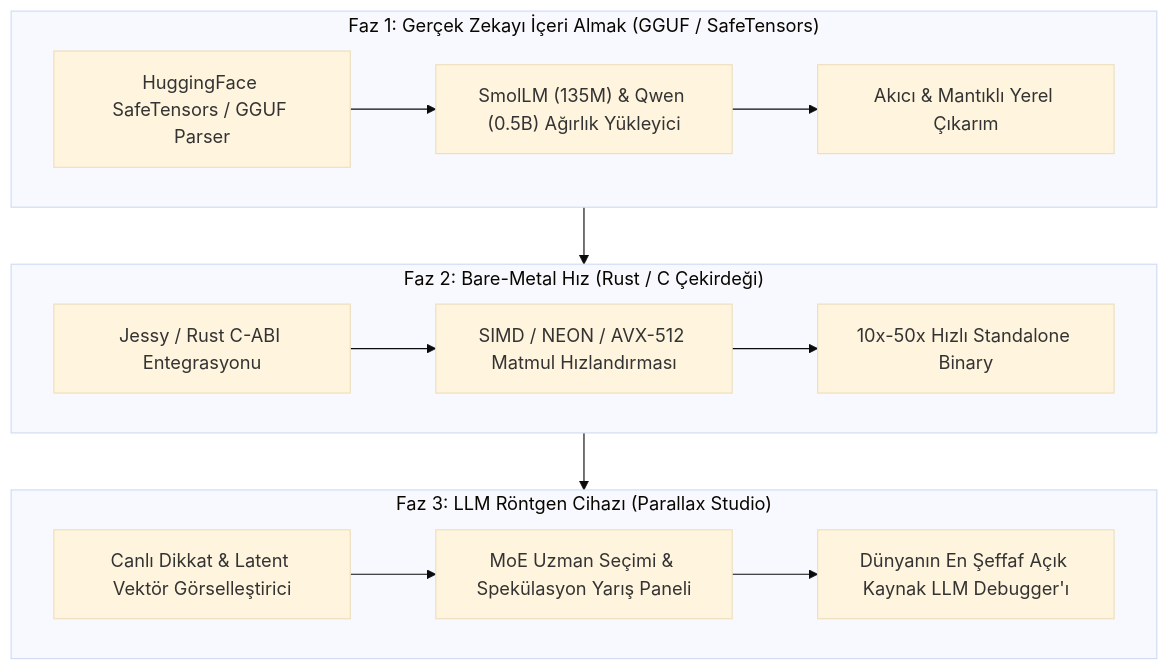
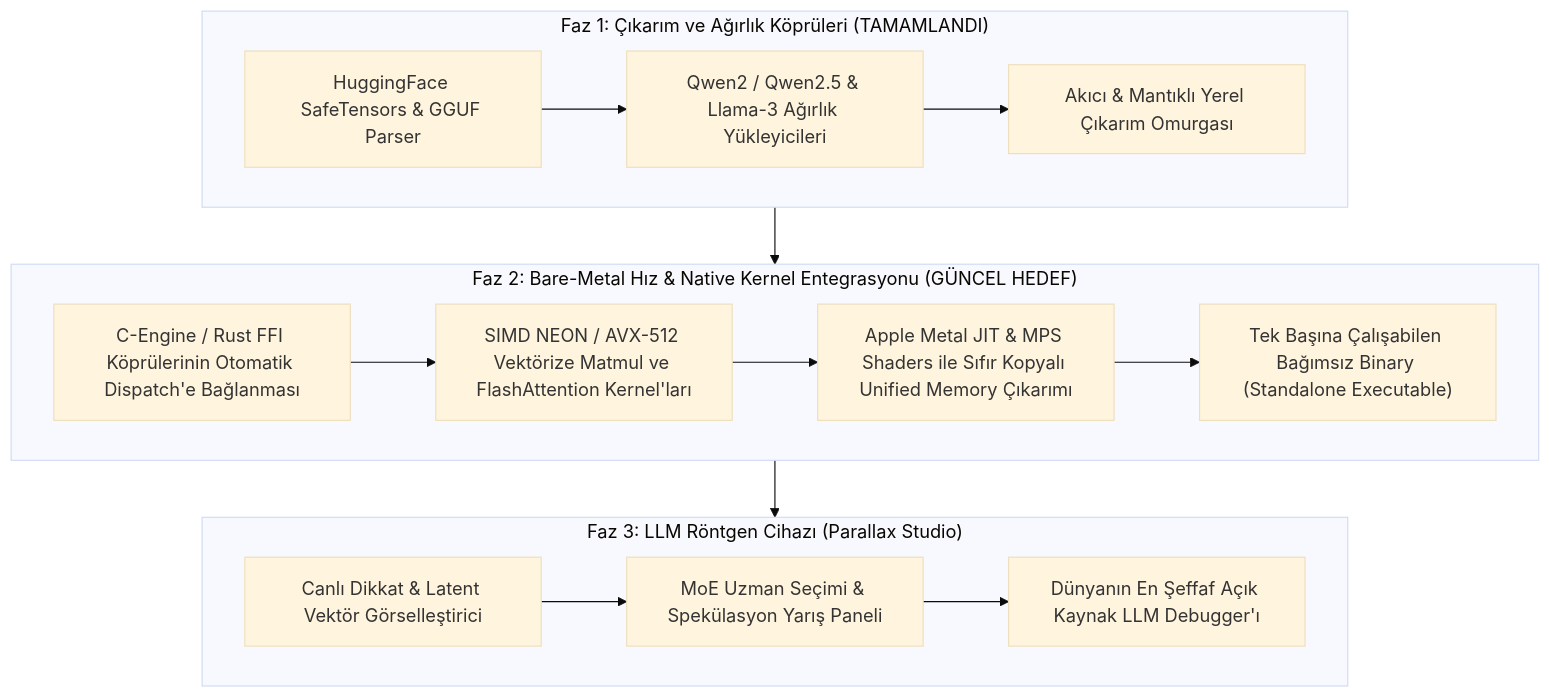
One commit to gokselozgur5/parallax-core changed the second of 2 diagrams in VISION.md. Above: the diagram before and after it, drawn with Mermaid (base theme). The commit also changed other lines of this file and 52 other files, not shown here.

Commit message:
feat(swarm): Phase 2 Bare-Metal Compute, BitMamba, BitTransformer, INT4 and Qwen2.5/Llama3 Loaders

````diff
--- a/VISION.md
+++ b/VISION.md
@@ -60,25 +208,26 @@
 ```mermaid
 flowchart TD
-    subgraph Faz1["Faz 1: Gerçek Zekayı İçeri Almak (GGUF / SafeTensors)"]
-        F1_1["HuggingFace SafeTensors / GGUF Parser"]
-        F1_2["SmolLM (135M) & Qwen (0.5B) Ağırlık Yükleyici"]
-        F1_3["Akıcı & Mantıklı Yerel Çıkarım"]
+    subgraph Faz1["Faz 1: Çıkarım ve Ağırlık Köprüleri (TAMAMLANDI)"]
+        F1_1["HuggingFace SafeTensors & GGUF Parser"]
+        F1_2["Qwen2 / Qwen2.5 & Llama-3 Ağırlık Yükleyicileri"]
+        F1_3["Akıcı & Mantıklı Yerel Çıkarım Omurgası"]
         F1_1 --> F1_2 --> F1_3
     end
 
-    subgraph Faz2["Faz 2: Bare-Metal Hız (Rust / C Çekirdeği)"]
-        F2_1["Jessy / Rust C-ABI Entegrasyonu"]
-        F2_2["SIMD / NEON / AVX-512 Matmul Hızlandırması"]
-        F2_3["10x-50x Hızlı Standalone Binary"]
-        F2_1 --> F2_2 --> F2_3
+    subgraph Faz2["Faz 2: Bare-Metal Hız & Native Kernel Entegrasyonu (GÜNCEL HEDEF)"]
+        F2_1["C-Engine / Rust FFI Köprülerinin Otomatik Dispatch'e Bağlanması"]
+        F2_2["SIMD NEON / AVX-512 Vektörize Matmul ve FlashAttention Kernel'ları"]
+        F2_3["Apple Metal JIT & MPS Shaders ile Sıfır Kopyalı Unified Memory Çıkarımı"]
+        F2_4["Tek Başına Çalışabilen Bağımsız Binary (Standalone Executable)"]
+        F2_1 --> F2_2 --> F2_3 --> F2_4
     end
 
     subgraph Faz3["Faz 3: LLM Röntgen Cihazı (Parallax Studio)"]
         F3_1["Canlı Dikkat & Latent Vektör Görselleştirici"]
         F3_2["MoE Uzman Seçimi & Spekülasyon Yarış Paneli"]
         F3_3["Dünyanın En Şeffaf Açık Kaynak LLM Debugger'ı"]
         F3_1 --> F3_2 --> F3_3
     end
 
     Faz1 --> Faz2 --> Faz3
 ```
````
